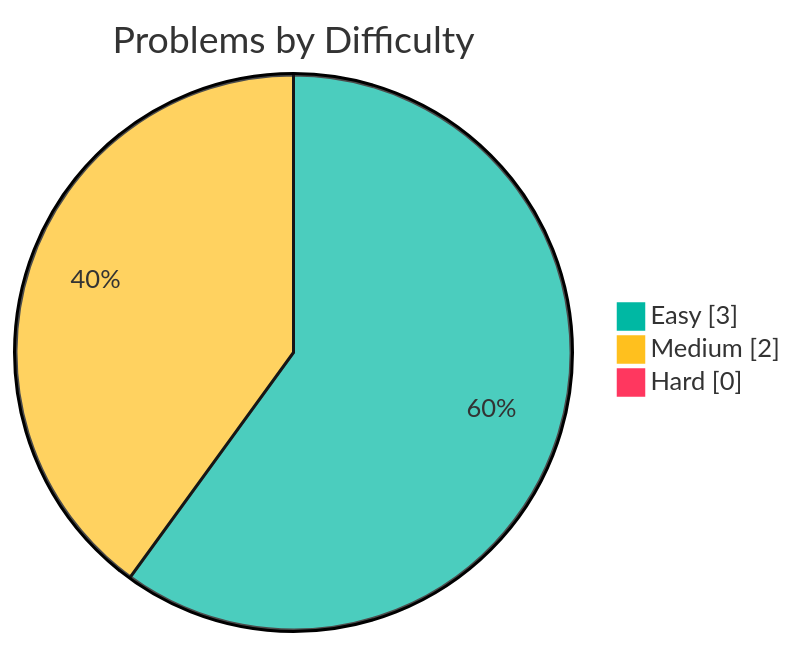
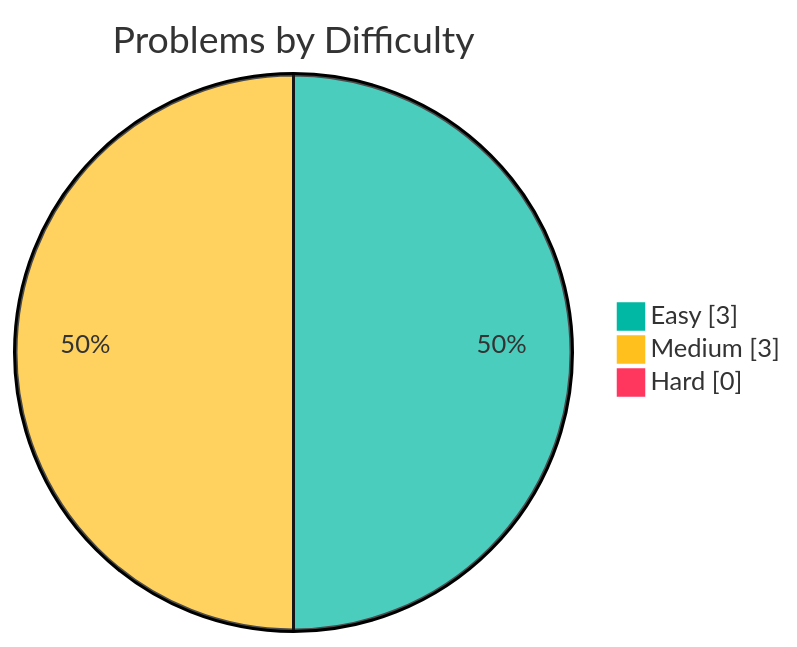
Before and after one commit to samy-D5/Leetcode: the first of 2 diagrams in README.md, drawn with Mermaid. The commit also changed other lines of this file, not shown here.

````diff
--- a/README.md
+++ b/README.md
@@ -10,7 +10,7 @@
 ```mermaid
 %%{init: {"theme":"base","themeVariables":{"pie1":"#00b8a3","pie2":"#ffc01e","pie3":"#ff375f"}}}%%
 pie showData title Problems by Difficulty
     "Easy" : 3
-    "Medium" : 2
+    "Medium" : 3
     "Hard" : 0
 ```
````
